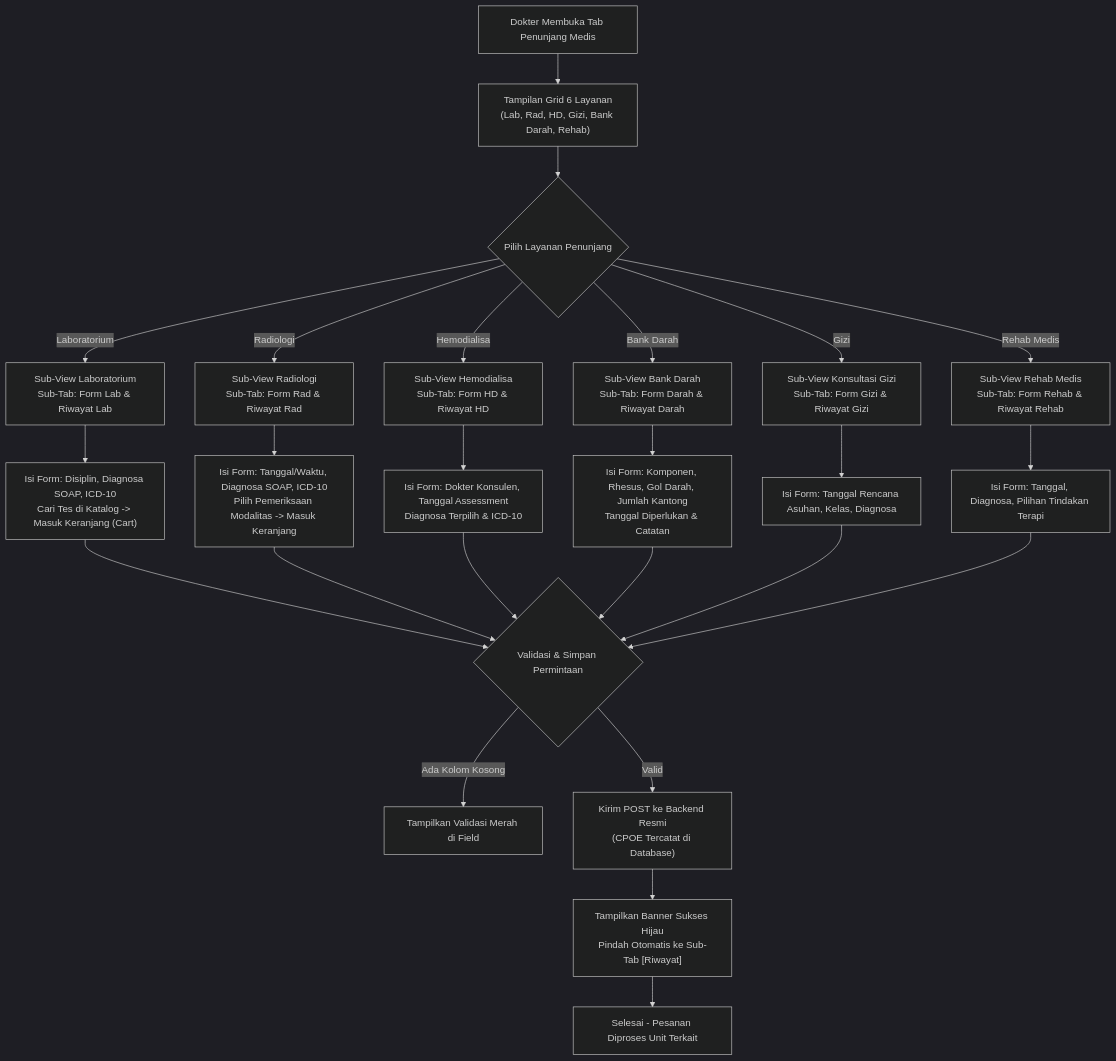
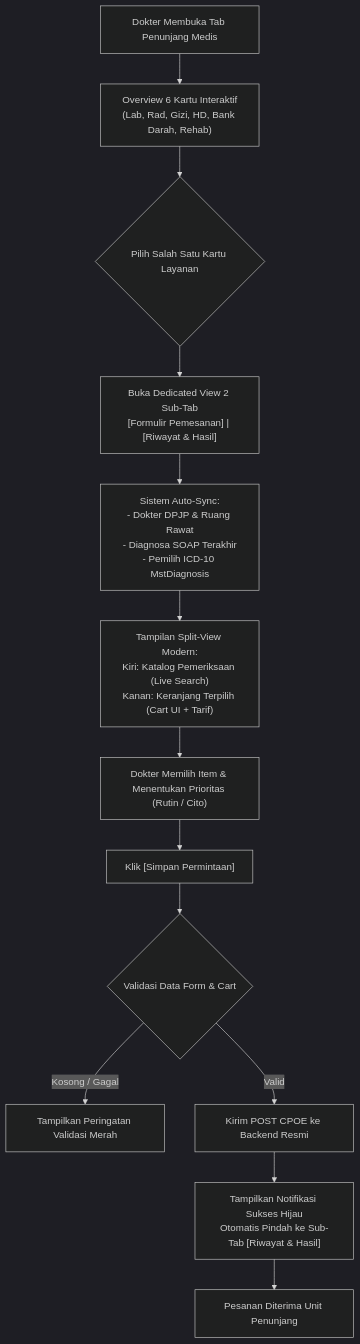
The diagram in docs/module-blueprints/rawat-inap/dokter-rawat-inap/roadmap/rencana-kerja/penunjang-medis/penunjang-medis.md (DevBenari/NewQuilvianSystemBackend), drawn with Mermaid (dark theme) before and after one commit. The commit also changed other lines of this file and 8 other files, not shown here.

````diff
--- a/docs/module-blueprints/rawat-inap/dokter-rawat-inap/roadmap/rencana-kerja/penunjang-medis/penunjang-medis.md
+++ b/docs/module-blueprints/rawat-inap/dokter-rawat-inap/roadmap/rencana-kerja/penunjang-medis/penunjang-medis.md
@@ -345,33 +168,21 @@
 ```mermaid
 flowchart TD
-    Start["Dokter Membuka Tab Penunjang Medis"] --> Grid["Tampilan Grid 6 Layanan<br/>(Lab, Rad, HD, Gizi, Bank Darah, Rehab)"]
+    Start["Dokter Membuka Tab Penunjang Medis"] --> Overview["Overview 6 Kartu Interaktif<br/>(Lab, Rad, Gizi, HD, Bank Darah, Rehab)"]
+    Overview --> SelectCard{"Pilih Salah Satu Kartu Layanan"}
     
-    Grid --> Select{"Pilih Layanan Penunjang"}
+    SelectCard --> ViewService["Buka Dedicated View 2 Sub-Tab<br/>[Formulir Pemesanan] | [Riwayat & Hasil]"]
     
-    Select -->|Laboratorium| ViewLab["Sub-View Laboratorium<br/>Sub-Tab: Form Lab & Riwayat Lab"]
-    Select -->|Radiologi| ViewRad["Sub-View Radiologi<br/>Sub-Tab: Form Rad & Riwayat Rad"]
-    Select -->|Hemodialisa| ViewHD["Sub-View Hemodialisa<br/>Sub-Tab: Form HD & Riwayat HD"]
-    Select -->|Bank Darah| ViewBD["Sub-View Bank Darah<br/>Sub-Tab: Form Darah & Riwayat Darah"]
-    Select -->|Gizi| ViewGizi["Sub-View Konsultasi Gizi<br/>Sub-Tab: Form Gizi & Riwayat Gizi"]
-    Select -->|Rehab Medis| ViewRehab["Sub-View Rehab Medis<br/>Sub-Tab: Form Rehab & Riwayat Rehab"]
+    ViewService --> AutoSync["Sistem Auto-Sync:<br/>- Dokter DPJP & Ruang Rawat<br/>- Diagnosa SOAP Terakhir<br/>- Pemilih ICD-10 MstDiagnosis"]
     
-    ViewLab --> FillFormLab["Isi Form: Disiplin, Diagnosa SOAP, ICD-10<br/>Cari Tes di Katalog -> Masuk Keranjang (Cart)"]
-    ViewRad --> FillFormRad["Isi Form: Tanggal/Waktu, Diagnosa SOAP, ICD-10<br/>Pilih Pemeriksaan Modalitas -> Masuk Keranjang"]
-    ViewHD --> FillFormHD["Isi Form: Dokter Konsulen, Tanggal Assessment<br/>Diagnosa Terpilih & ICD-10"]
-    ViewBD --> FillFormBD["Isi Form: Komponen, Rhesus, Gol Darah, Jumlah Kantong<br/>Tanggal Diperlukan & Catatan"]
-    ViewGizi --> FillFormGizi["Isi Form: Tanggal Rencana Asuhan, Kelas, Diagnosa"]
-    ViewRehab --> FillFormRehab["Isi Form: Tanggal, Diagnosa, Pilihan Tindakan Terapi"]
+    AutoSync --> SplitView["Tampilan Split-View Modern:<br/>Kiri: Katalog Pemeriksaan (Live Search)<br/>Kanan: Keranjang Terpilih (Cart UI + Tarif)"]
     
-    FillFormLab --> Submit{"Validasi & Simpan Permintaan"}
-    FillFormRad --> Submit
-    FillFormHD --> Submit
-    FillFormBD --> Submit
-    FillFormGizi --> Submit
-    FillFormRehab --> Submit
+    SplitView --> DoctorPick["Dokter Memilih Item & Menentukan Prioritas (Rutin / Cito)"]
+    DoctorPick --> ClickSave["Klik [Simpan Permintaan]"]
     
-    Submit -- Ada Kolom Kosong --> AlertError["Tampilkan Validasi Merah di Field"]
-    Submit -- Valid --> SaveAPI["Kirim POST ke Backend Resmi<br/>(CPOE Tercatat di Database)"]
+    ClickSave --> Validate{"Validasi Data Form & Cart"}
+    Validate -- Kosong / Gagal --> Alert["Tampilkan Peringatan Validasi Merah"]
+    Validate -- Valid --> PostAPI["Kirim POST CPOE ke Backend Resmi"]
     
-    SaveAPI --> SuccessNotice["Tampilkan Banner Sukses Hijau<br/>Pindah Otomatis ke Sub-Tab [Riwayat]"]
-    SuccessNotice --> End["Selesai - Pesanan Diproses Unit Terkait"]
+    PostAPI --> Success["Tampilkan Notifikasi Sukses Hijau<br/>Otomatis Pindah ke Sub-Tab [Riwayat & Hasil]"]
+    Success --> End["Pesanan Diterima Unit Penunjang"]
 ```
````
